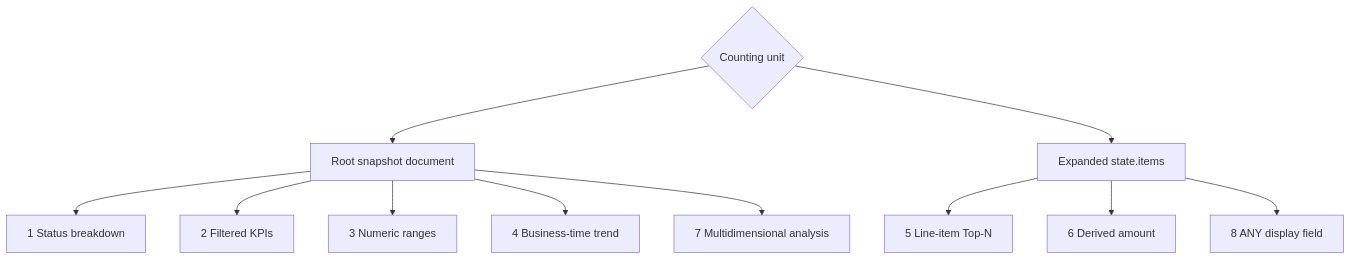
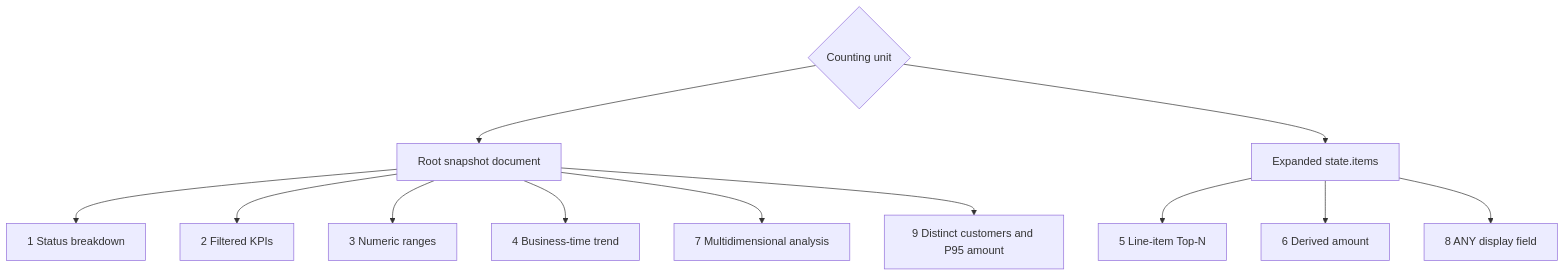
One commit to Ahoo-Wang/Wow changed the diagram in documentation/docs/en/guide/query/snapshot-aggregation.md. Above: the diagram before and after it, drawn with Mermaid. The commit also changed other lines of this file and 34 other files, not shown here.

````diff
--- a/documentation/docs/en/guide/query/snapshot-aggregation.md
+++ b/documentation/docs/en/guide/query/snapshot-aggregation.md
@@ -26,13 +26,14 @@
 ```mermaid
 flowchart TB
     Unit{"Counting unit"} --> Root["Root snapshot document"]
     Unit --> Item["Expanded state.items"]
     Root --> S1["1 Status breakdown"]
     Root --> S2["2 Filtered KPIs"]
     Root --> S3["3 Numeric ranges"]
     Root --> S4["4 Business-time trend"]
     Root --> S7["7 Multidimensional analysis"]
+    Root --> S9["9 Distinct customers and P95 amount"]
     Item --> S5["5 Line-item Top-N"]
     Item --> S6["6 Derived amount"]
     Item --> S8["8 ANY display field"]
 ```
````
